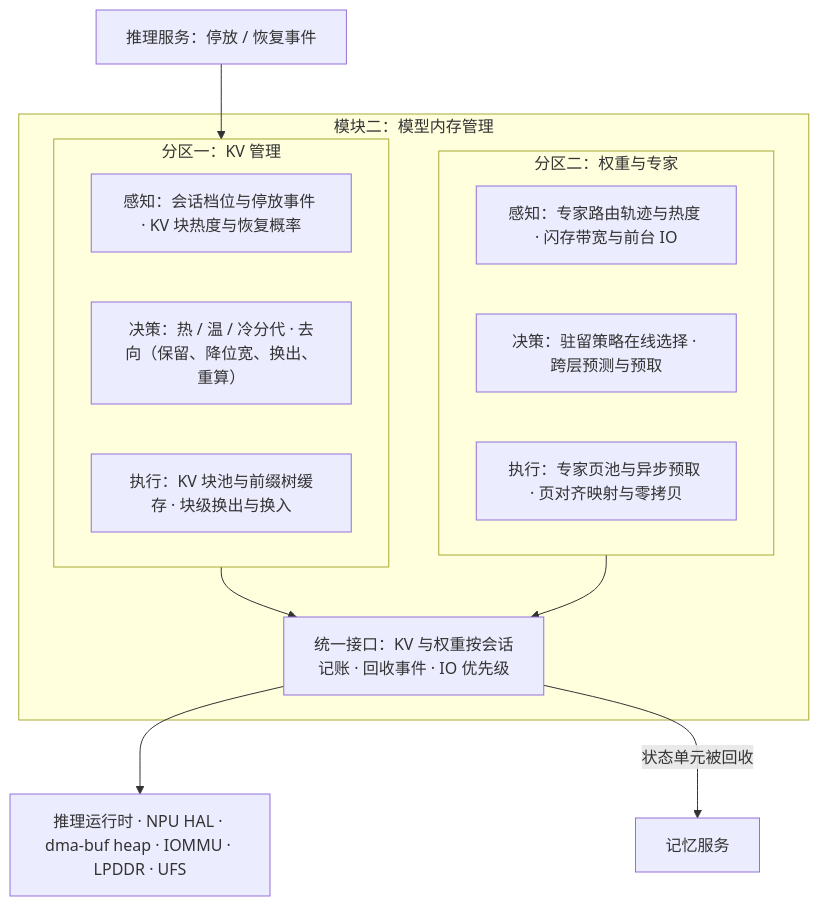
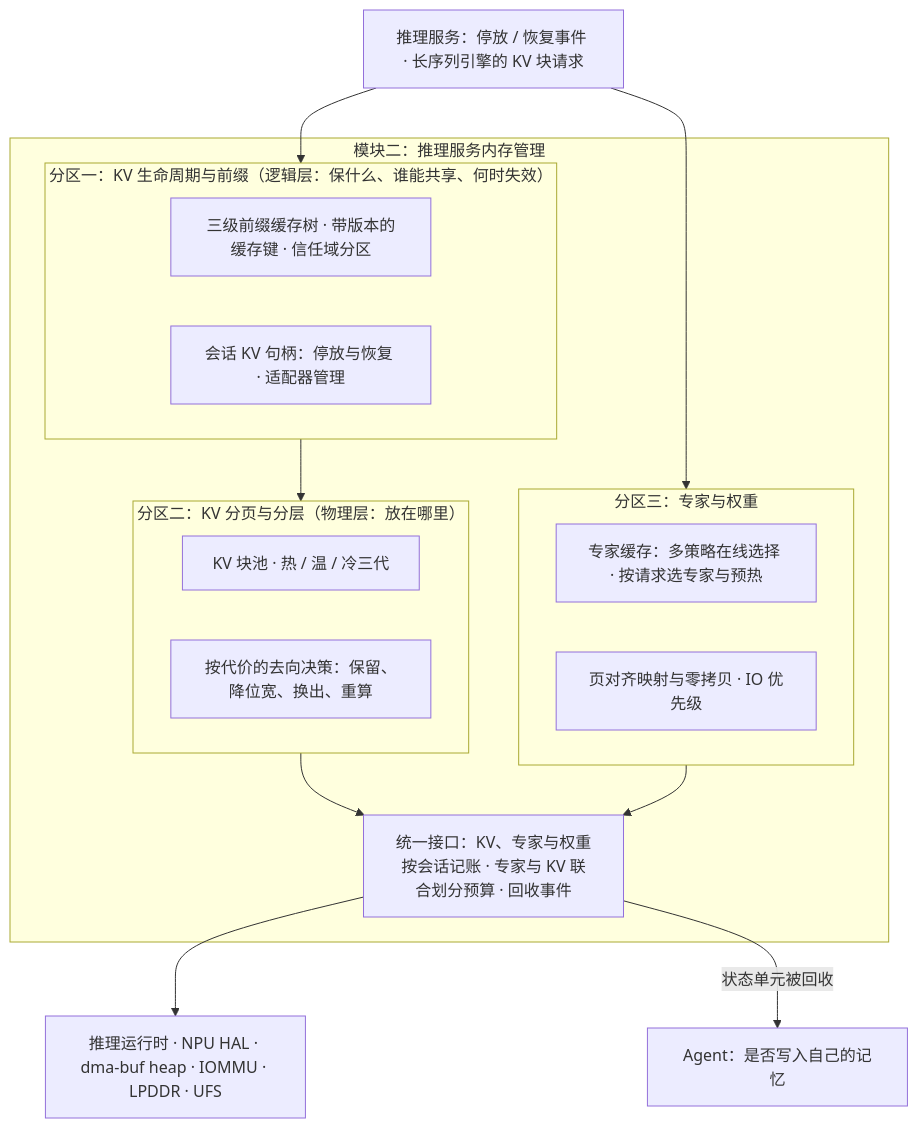
Before and after one commit to SiriusBHU/memory_system_architecture_summary: the second of 2 diagrams in proposals/agentos-components/report/3-内存管理.md, drawn with Mermaid. The commit also changed other lines of this file and 88 other files, not shown here.

````diff
--- a/proposals/agentos-components/report/3-内存管理.md
+++ b/proposals/agentos-components/report/3-内存管理.md
@@ -77,21 +82,24 @@
 ```mermaid
 flowchart TB
-    INF["推理服务：停放 / 恢复事件"]
-    subgraph B["模块二：模型内存管理"]
-        subgraph Q1["分区一：KV 管理"]
-            K1["感知：会话档位与停放事件 · KV 块热度与恢复概率"]
-            K2["决策：热 / 温 / 冷分代 · 去向（保留、降位宽、换出、重算）"]
-            K3["执行：KV 块池与前缀树缓存 · 块级换出与换入"]
+    INF["推理服务：停放 / 恢复事件 · 长序列引擎的 KV 块请求"]
+    subgraph B["模块二：推理服务内存管理"]
+        subgraph Q1["分区一：KV 生命周期与前缀（逻辑层：保什么、谁能共享、何时失效）"]
+            K1["三级前缀缓存树 · 带版本的缓存键 · 信任域分区"]
+            K2["会话 KV 句柄：停放与恢复 · 适配器管理"]
         end
-        subgraph Q2["分区二：权重与专家"]
-            W1["感知：专家路由轨迹与热度 · 闪存带宽与前台 IO"]
-            W2["决策：驻留策略在线选择 · 跨层预测与预取"]
-            W3["执行：专家页池与异步预取 · 页对齐映射与零拷贝"]
+        subgraph Q2["分区二：KV 分页与分层（物理层：放在哪里）"]
+            K3["KV 块池 · 热 / 温 / 冷三代"]
+            K4["按代价的去向决策：保留、降位宽、换出、重算"]
         end
-        IF["统一接口：KV 与权重按会话记账 · 回收事件 · IO 优先级"]
+        subgraph Q3["分区三：专家与权重"]
+            W1["专家缓存：多策略在线选择 · 按请求选专家与预热"]
+            W2["页对齐映射与零拷贝 · IO 优先级"]
+        end
+        IF["统一接口：KV、专家与权重按会话记账 · 专家与 KV 联合划分预算 · 回收事件"]
     end
     HW["推理运行时 · NPU HAL · dma-buf heap · IOMMU · LPDDR · UFS"]
-    INF --> Q1
-    Q1 & Q2 --> IF --> HW
-    IF -->|"状态单元被回收"| MEM["记忆服务"]
+    INF --> Q1 --> Q2
+    INF --> Q3
+    Q2 & Q3 --> IF --> HW
+    IF -->|"状态单元被回收"| AG["Agent：是否写入自己的记忆"]
 ```
````
